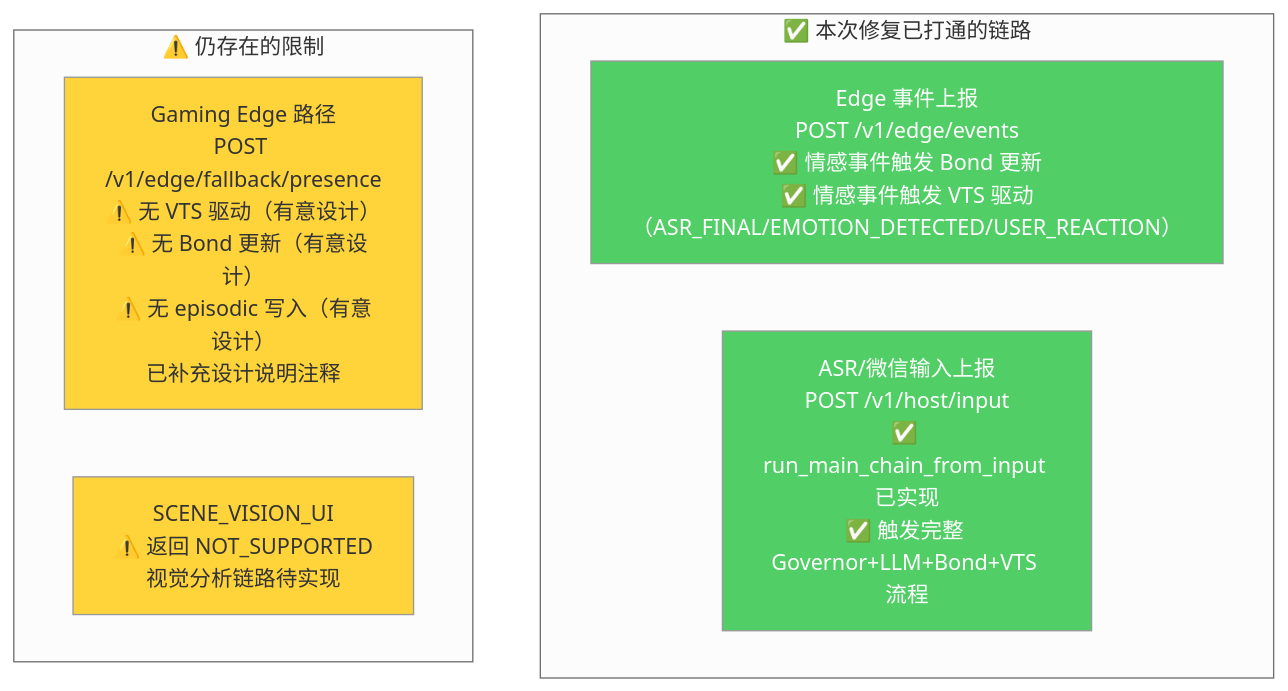
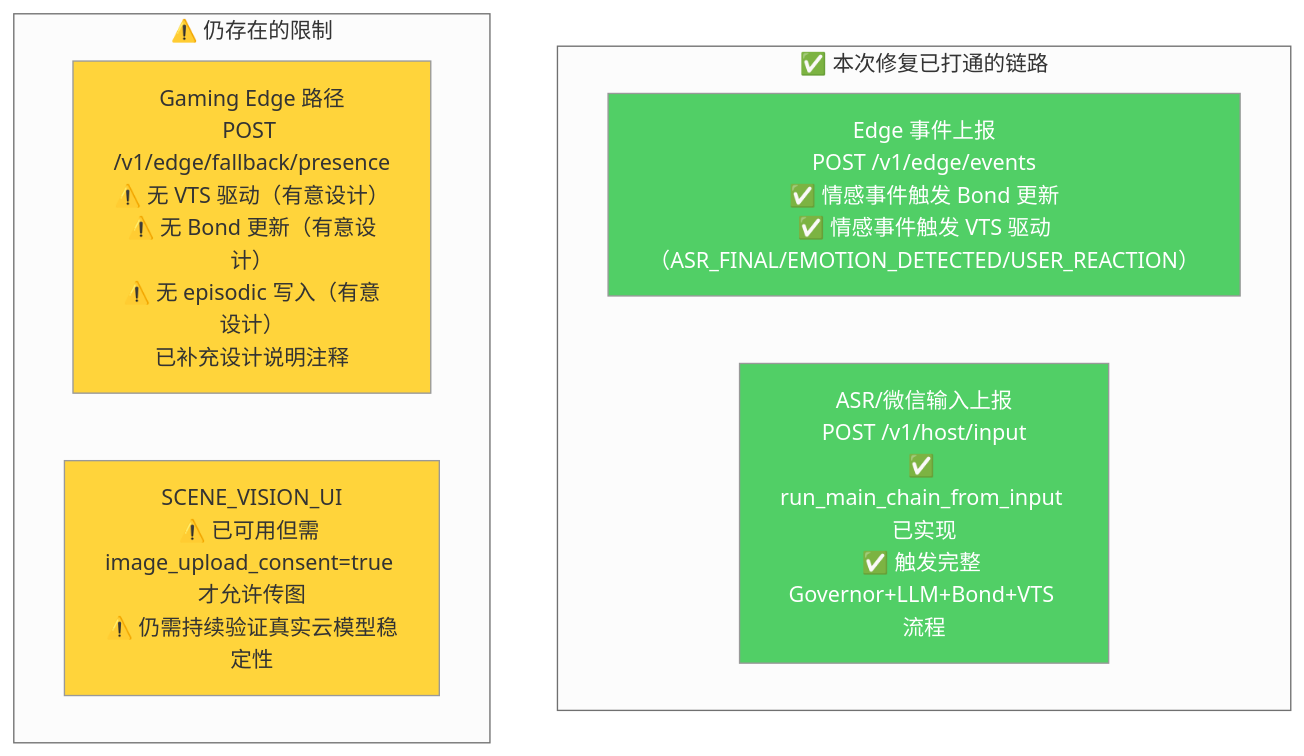
One commit to SakuraYoruno/Natsume_Ai changed diagram 19 of 22 in docs/dataflow_report_20260311.md. Above: the diagram before and after it, drawn with Mermaid (neutral theme). The commit also changed other lines of this file and 20 other files, not shown here.

````diff
--- a/docs/dataflow_report_20260311.md
+++ b/docs/dataflow_report_20260311.md
@@ -732,19 +732,19 @@
 ```mermaid
 flowchart TD
     subgraph FIXED["✅ 本次修复已打通的链路"]
         F1["Edge 事件上报\nPOST /v1/edge/events\n✅ 情感事件触发 Bond 更新\n✅ 情感事件触发 VTS 驱动\n（ASR_FINAL/EMOTION_DETECTED/USER_REACTION）"]
 
         F2["ASR/微信输入上报\nPOST /v1/host/input\n✅ run_main_chain_from_input 已实现\n✅ 触发完整 Governor+LLM+Bond+VTS 流程"]
     end
 
     subgraph REMAIN["⚠️ 仍存在的限制"]
         B3["Gaming Edge 路径\nPOST /v1/edge/fallback/presence\n⚠️ 无 VTS 驱动（有意设计）\n⚠️ 无 Bond 更新（有意设计）\n⚠️ 无 episodic 写入（有意设计）\n已补充设计说明注释"]
 
-        B4["SCENE_VISION_UI\n⚠️ 返回 NOT_SUPPORTED\n视觉分析链路待实现"]
+        B4["SCENE_VISION_UI\n⚠️ 已可用但需 image_upload_consent=true 才允许传图\n⚠️ 仍需持续验证真实云模型稳定性"]
     end
 
     style F1 fill:#51cf66,color:#fff
     style F2 fill:#51cf66,color:#fff
     style B3 fill:#ffd43b,color:#333
     style B4 fill:#ffd43b,color:#333
 ```
````
